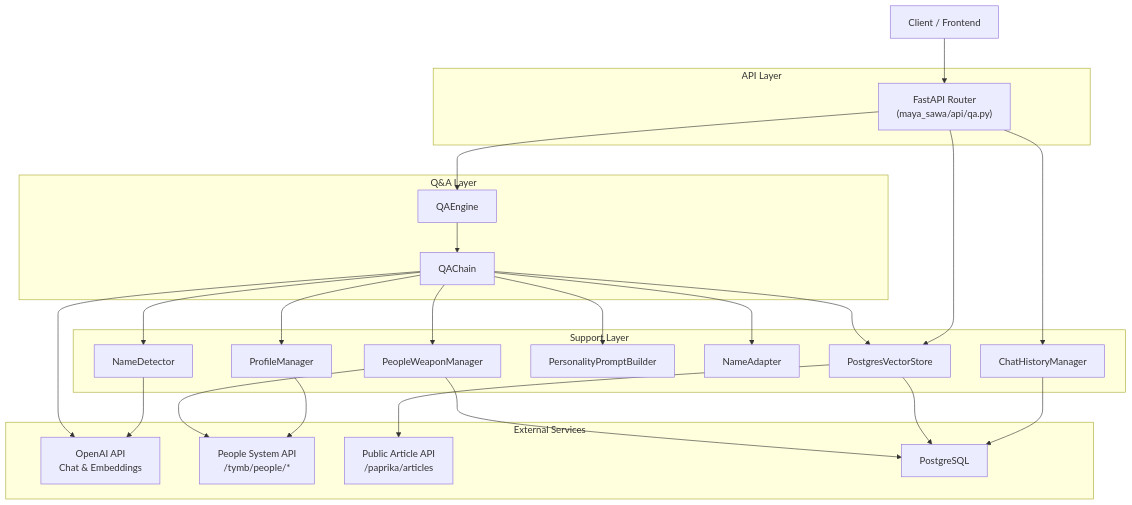
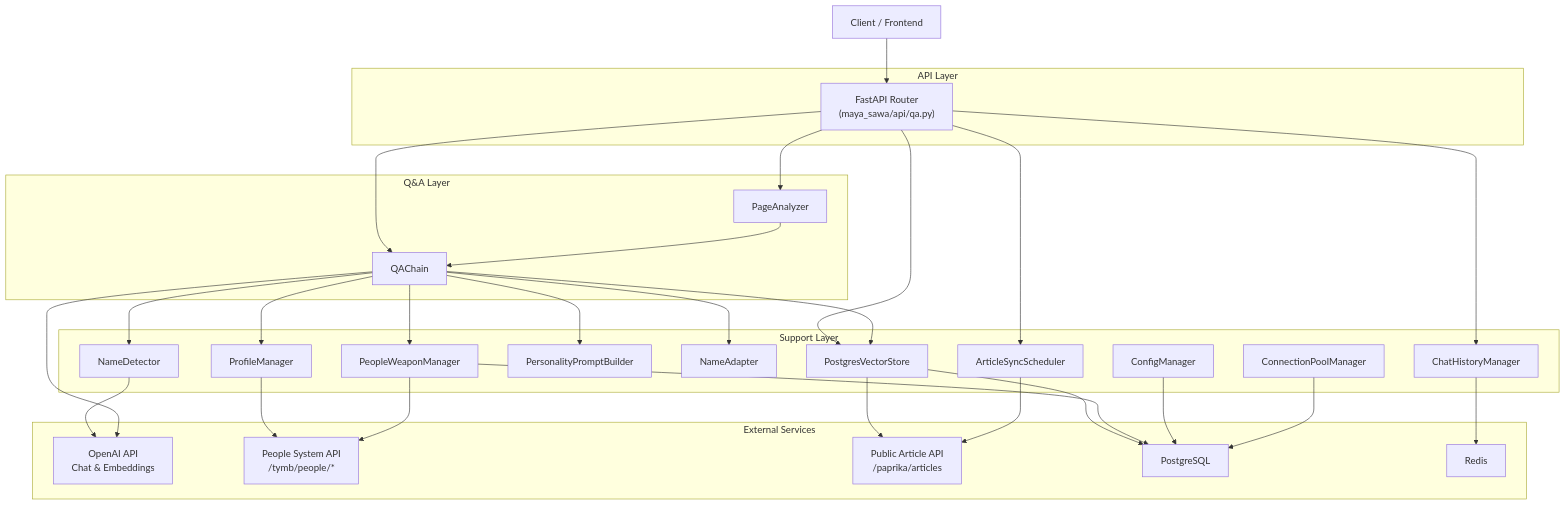
Before and after one commit to Vinskao/maya-sawa: the third of 3 diagrams in README.md, drawn with Mermaid. The commit also changed other lines of this file, not shown here.

Commit message:
info: 更新架構圖

````diff
--- a/README.md
+++ b/README.md
@@ -48,54 +48,65 @@
 ```mermaid
 flowchart TD
     subgraph "API Layer"
         APIRouter["FastAPI Router<br/>(maya_sawa/api/qa.py)"]
     end
 
     subgraph "Q&A Layer"
-        QAEngine["QAEngine"]
         QAChain["QAChain"]
+        PageAnalyzer["PageAnalyzer"]
     end
 
     subgraph "Support Layer"
         NameDetector["NameDetector"]
         ProfileManager["ProfileManager"]
         PeopleWeaponManager["PeopleWeaponManager"]
         PersonalityPromptBuilder["PersonalityPromptBuilder"]
         NameAdapter["NameAdapter"]
         VectorStore["PostgresVectorStore"]
         ChatHistoryManager["ChatHistoryManager"]
+        ConfigManager["ConfigManager"]
+        ConnectionPoolManager["ConnectionPoolManager"]
+        Scheduler["ArticleSyncScheduler"]
     end
 
     subgraph "External Services"
         OpenAIAPI["OpenAI API<br/>Chat & Embeddings"]
         PeopleAPI["People System API<br/>/tymb/people/*"]
         ArticleAPI["Public Article API<br/>/paprika/articles"]
         PostgresDB["PostgreSQL"]
+        RedisDB["Redis"]
     end
 
     Client["Client / Frontend"] --> APIRouter
-    APIRouter --> QAEngine
-    QAEngine --> QAChain
+    APIRouter --> QAChain
+    APIRouter --> PageAnalyzer
     APIRouter --> VectorStore
     APIRouter --> ChatHistoryManager
+    APIRouter --> Scheduler
 
-    ChatHistoryManager --> PostgresDB
+    ChatHistoryManager --> RedisDB
 
     QAChain --> NameDetector
     QAChain --> ProfileManager
     QAChain --> PeopleWeaponManager
     QAChain --> PersonalityPromptBuilder
     QAChain --> NameAdapter
     QAChain --> VectorStore
+
+    PageAnalyzer --> QAChain
 
     NameDetector --> OpenAIAPI
     QAChain --> OpenAIAPI
 
     ProfileManager --> PeopleAPI
     PeopleWeaponManager --> PeopleAPI
 
     VectorStore --> PostgresDB
     VectorStore --> ArticleAPI
 
     PeopleWeaponManager --> PostgresDB
+
+    ConfigManager --> PostgresDB
+    ConnectionPoolManager --> PostgresDB
+    Scheduler --> ArticleAPI
 ```
````
